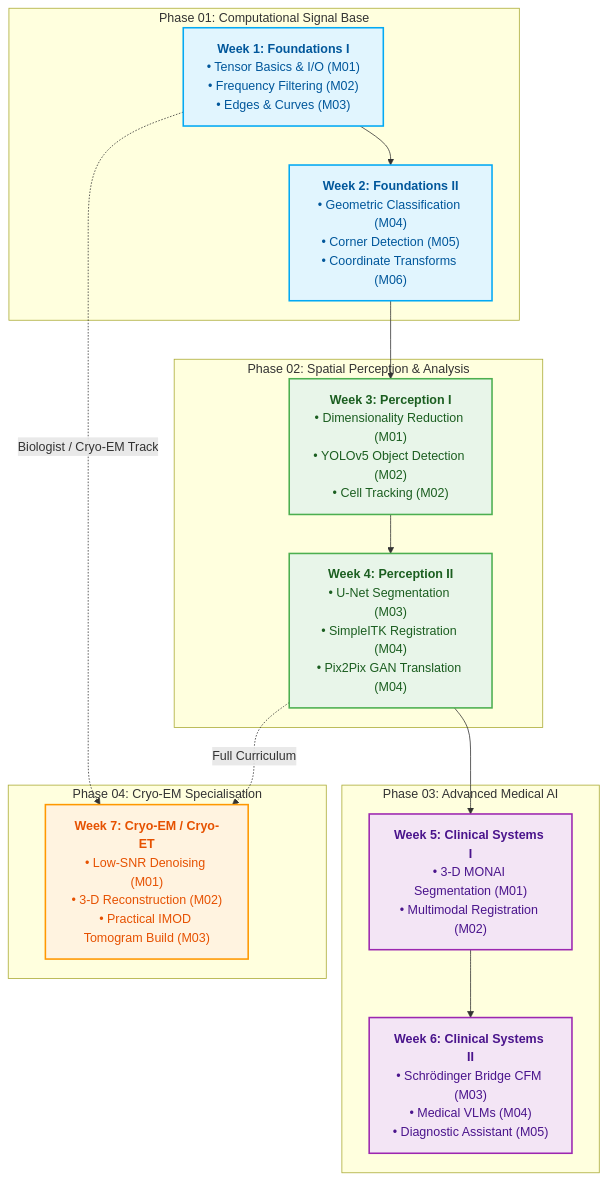
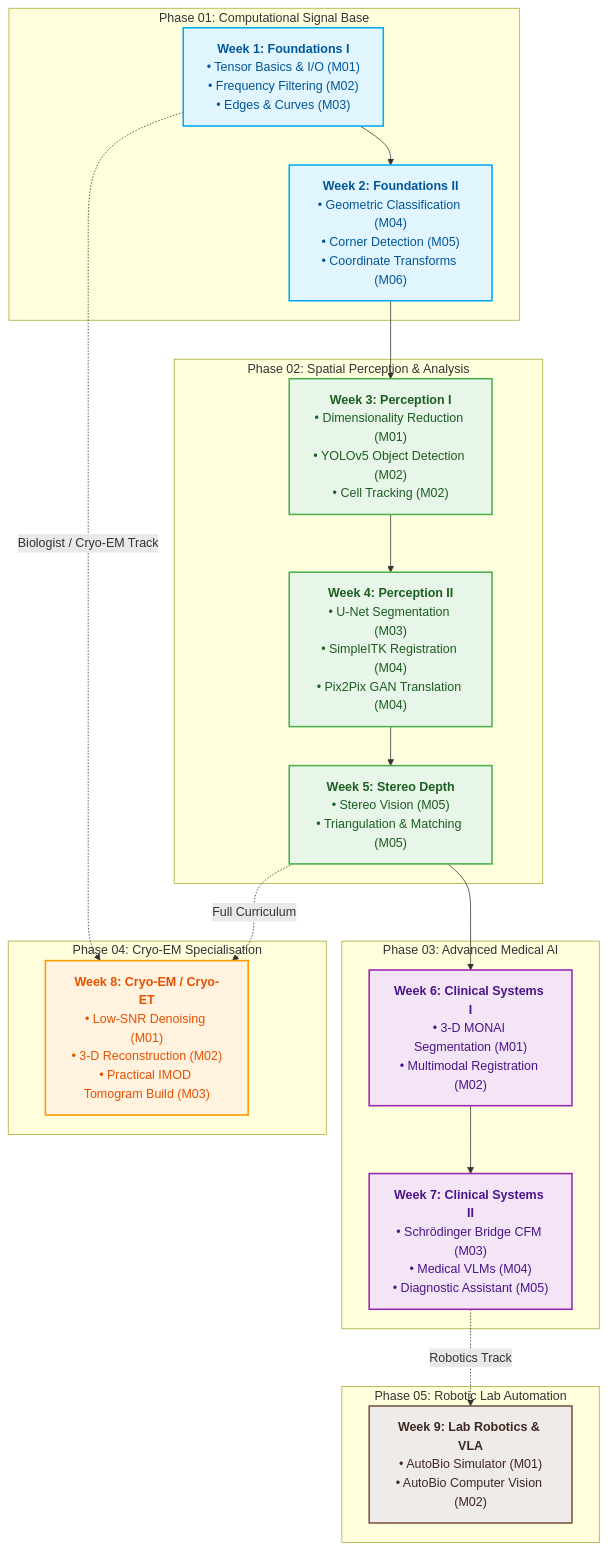
The diagram in sci_img/tutorial/README.md (Kylian07/edu), drawn with Mermaid before and after one commit. The commit also changed other lines of this file and 71 other files, not shown here.

Commit message:
Reorganize tutorials: rename phase folders and move Cryo-EM to separate folder

````diff
--- a/sci_img/tutorial/README.md
+++ b/sci_img/tutorial/README.md
@@ -52,38 +57,46 @@
 ```mermaid
 flowchart TD
     %% Define Styles
     classDef phase1 fill:#e1f5fe,stroke:#03a9f4,stroke-width:2px,color:#01579b;
     classDef phase2 fill:#e8f5e9,stroke:#4caf50,stroke-width:2px,color:#1b5e20;
     classDef phase3 fill:#f3e5f5,stroke:#9c27b0,stroke-width:2px,color:#4a148c;
     classDef phase4 fill:#fff3e0,stroke:#ff9800,stroke-width:2px,color:#e65100;
+    classDef phase5 fill:#efebe9,stroke:#795548,stroke-width:2px,color:#3e2723;
 
     subgraph P1 [Phase 01: Computational Signal Base]
         W1["<b>Week 1: Foundations I</b><br/>• Tensor Basics & I/O (M01)<br/>• Frequency Filtering (M02)<br/>• Edges & Curves (M03)"]:::phase1
         W2["<b>Week 2: Foundations II</b><br/>• Geometric Classification (M04)<br/>• Corner Detection (M05)<br/>• Coordinate Transforms (M06)"]:::phase1
     end
 
     subgraph P2 [Phase 02: Spatial Perception & Analysis]
         W3["<b>Week 3: Perception I</b><br/>• Dimensionality Reduction (M01)<br/>• YOLOv5 Object Detection (M02)<br/>• Cell Tracking (M02)"]:::phase2
         W4["<b>Week 4: Perception II</b><br/>• U-Net Segmentation (M03)<br/>• SimpleITK Registration (M04)<br/>• Pix2Pix GAN Translation (M04)"]:::phase2
+        W5_1["<b>Week 5: Stereo Depth</b><br/>• Stereo Vision (M05)<br/>• Triangulation & Matching (M05)"]:::phase2
     end
 
     subgraph P3 [Phase 03: Advanced Medical AI]
-        W5["<b>Week 5: Clinical Systems I</b><br/>• 3-D MONAI Segmentation (M01)<br/>• Multimodal Registration (M02)"]:::phase3
-        W6["<b>Week 6: Clinical Systems II</b><br/>• Schrödinger Bridge CFM (M03)<br/>• Medical VLMs (M04)<br/>• Diagnostic Assistant (M05)"]:::phase3
+        W5["<b>Week 6: Clinical Systems I</b><br/>• 3-D MONAI Segmentation (M01)<br/>• Multimodal Registration (M02)"]:::phase3
+        W6["<b>Week 7: Clinical Systems II</b><br/>• Schrödinger Bridge CFM (M03)<br/>• Medical VLMs (M04)<br/>• Diagnostic Assistant (M05)"]:::phase3
     end
 
     subgraph P4 [Phase 04: Cryo-EM Specialisation]
-        W7["<b>Week 7: Cryo-EM / Cryo-ET</b><br/>• Low-SNR Denoising (M01)<br/>• 3-D Reconstruction (M02)<br/>• Practical IMOD Tomogram Build (M03)"]:::phase4
+        W7["<b>Week 8: Cryo-EM / Cryo-ET</b><br/>• Low-SNR Denoising (M01)<br/>• 3-D Reconstruction (M02)<br/>• Practical IMOD Tomogram Build (M03)"]:::phase4
+    end
+
+    subgraph P5 [Phase 05: Robotic Lab Automation]
+        W8["<b>Week 9: Lab Robotics & VLA</b><br/>• AutoBio Simulator (M01)<br/>• AutoBio Computer Vision (M02)"]:::phase5
     end
 
     %% Flow connections
     W1 --> W2
     W2 --> W3
     W3 --> W4
-    W4 --> W5
+    W4 --> W5_1
+    W5_1 --> W5
     W5 --> W6
     
     %% Alternative Learning Paths
     W1 -.->|Biologist / Cryo-EM Track| W7
-    W4 -.->|Full Curriculum| W7
+    W5_1 -.->|Full Curriculum| W7
+    W6 -.->|Robotics Track| W8
 ```
````
